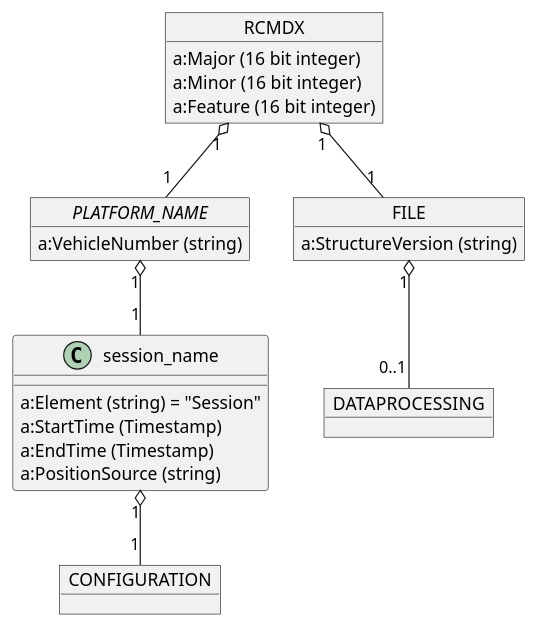
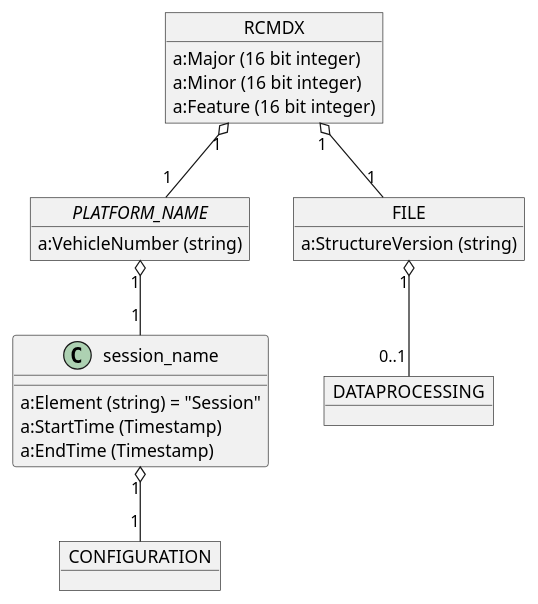
The second of 13 diagrams in images/rcm-dx-images.puml (OpenRailAssociation/rcm-dx), drawn with PlantUML before and after one commit. The commit also changed other lines of this file and 7 other files, not shown here.

```diff
--- a/images/rcm-dx-images.puml
+++ b/images/rcm-dx-images.puml
@@ -43,34 +43,33 @@
 @startuml rcmdx_root_group
 
   object RCMDX {
     a:Major (16 bit integer)
     a:Minor (16 bit integer)
     a:Feature (16 bit integer)
   }
  
   object "//PLATFORM_NAME//" as PLATFORM {
     a:VehicleNumber (string)
   }
   RCMDX "1" o-- "1" PLATFORM
 
   object FILE {
     a:StructureVersion (string)
   }
   RCMDX "1" o-- "1" FILE
 
   object DATAPROCESSING {
   }
   FILE "1" o-- "0..1" DATAPROCESSING
 
   object "CONFIGURATION" as session_config
   session_name "1" o-- "1" session_config
 
   object "//SESSION_NAME//" as session_name {
     a:Element (string) = "Session"
     a:StartTime (Timestamp)
     a:EndTime (Timestamp)
-    a:PositionSource (string)
   } 
   PLATFORM "1" o-- "1" session_name
 
 @enduml
```
